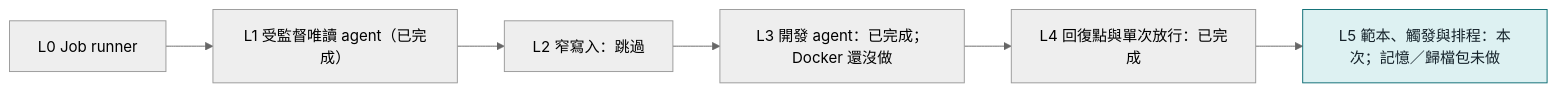
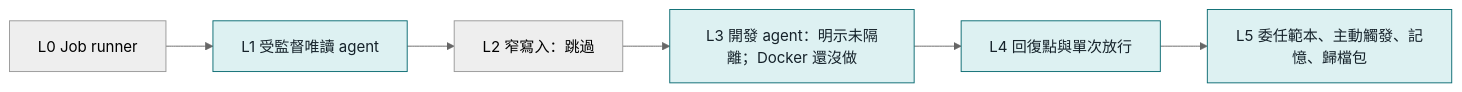
Diagram 13 of 13 in docs/ai-cli_kernel/技術手冊.md (moerasermax/tkflyc-ai-cli), drawn with Mermaid (neutral theme) before and after one commit. The commit also changed other lines of this file and 17 other files, not shown here.

````diff
--- a/docs/ai-cli_kernel/技術手冊.md
+++ b/docs/ai-cli_kernel/技術手冊.md
@@ -611,5 +628,5 @@
 ```mermaid
 flowchart LR
-  L0["L0 Job runner"] --> L1["L1 受監督唯讀 agent（已完成）"] --> L2["L2 窄寫入：跳過"] --> L3["L3 開發 agent：已完成；Docker 還沒做"] --> L4["L4 回復點與單次放行：已完成"] --> L5["L5 範本、觸發與排程：本次；記憶／歸檔包未做"]:::now
+  L0["L0 Job runner"] --> L1["L1 受監督唯讀 agent"]:::now --> L2["L2 窄寫入：跳過"] --> L3["L3 開發 agent：明示未隔離；Docker 還沒做"]:::now --> L4["L4 回復點與單次放行"]:::now --> L5["L5 委任範本、主動觸發、記憶、歸檔包"]:::now
   classDef now fill:#DDF1F2,stroke:#0A6B72,color:#15222A
 ```
````
